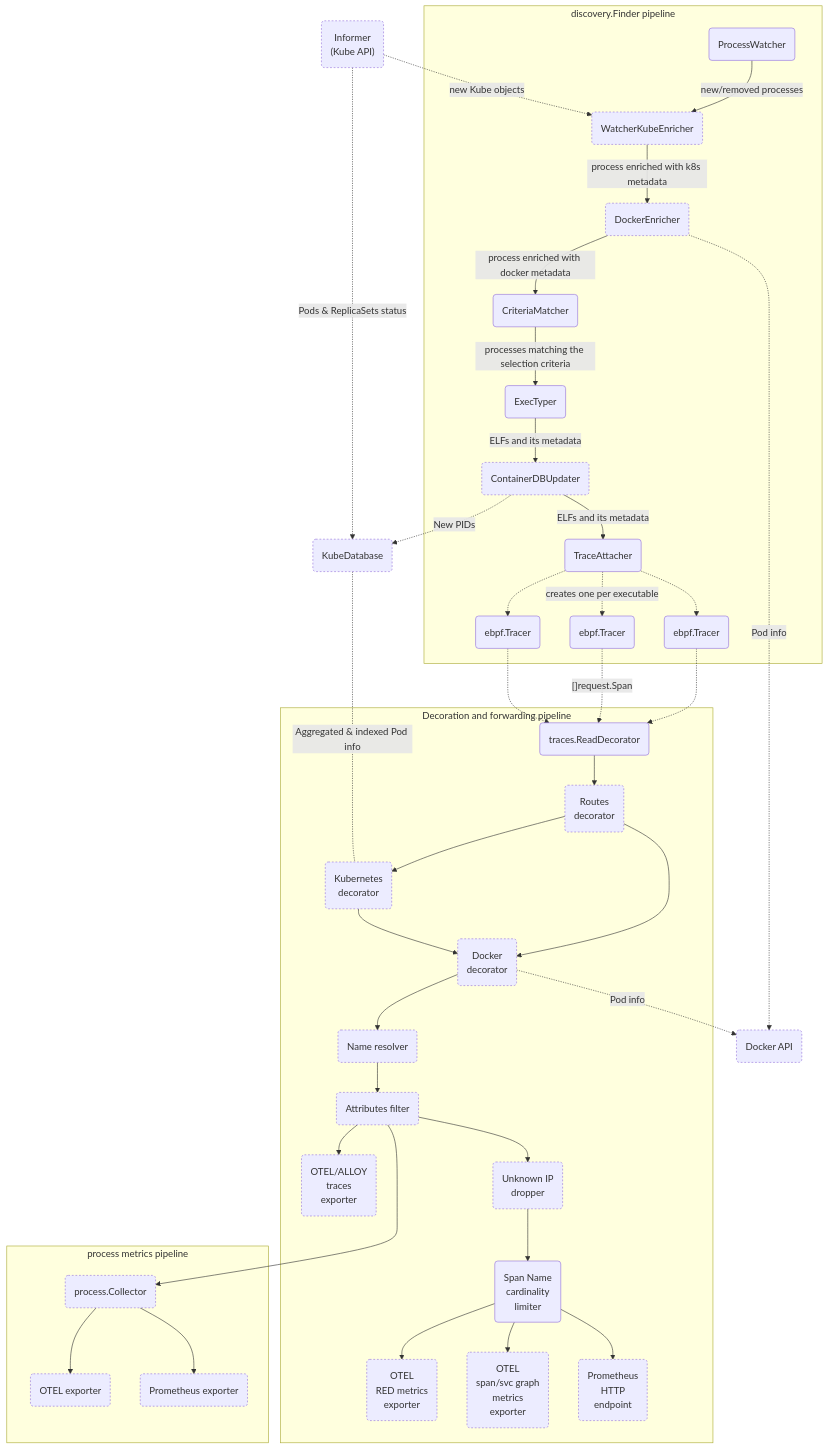
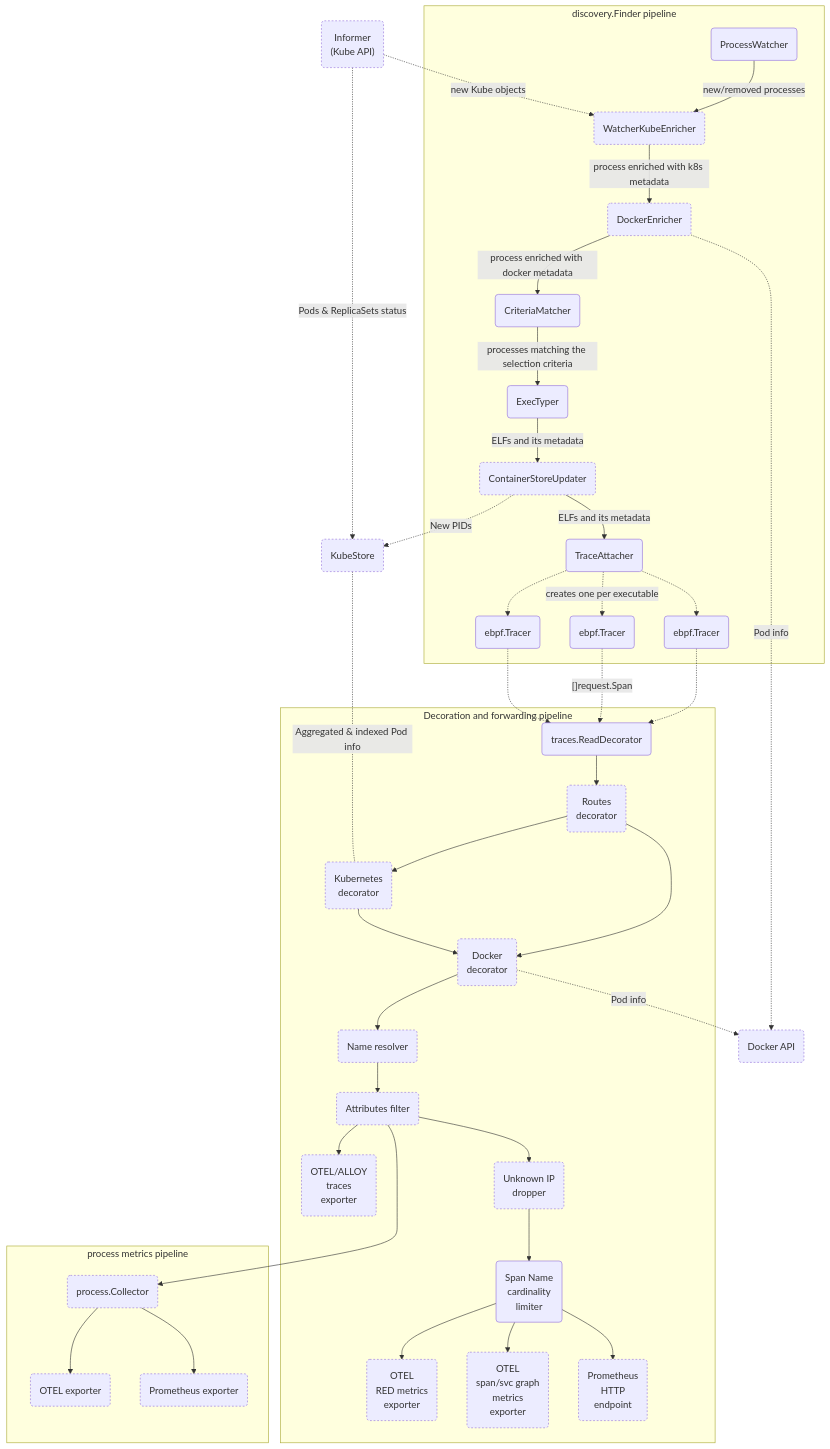
The first of 2 diagrams in devdocs/pipeline-map.md (open-telemetry/opentelemetry-ebpf-instrumentation), drawn with Mermaid before and after one commit. The commit also changed other lines of this file and 10 other files, not shown here.

First line of the commit message:
Rename all `kube.Store` and `store.InMemory` fields for consistency (#1297)

````diff
--- a/devdocs/pipeline-map.md
+++ b/devdocs/pipeline-map.md
@@ -18,48 +18,48 @@
 ```mermaid
 flowchart TD
     classDef optional stroke-dasharray: 3 3;
     subgraph discovery.Finder pipeline
         PW(ProcessWatcher) --> |new/removed processes| KWE
         KWE(WatcherKubeEnricher):::optional --> |process enriched with k8s metadata| DE
         DE(DockerEnricher):::optional --> |process enriched with docker metadata| CM
         CM(CriteriaMatcher) --> |processes matching the selection criteria| ET(ExecTyper)
         ET --> |ELFs and its metadata| CU
-        CU(ContainerDBUpdater):::optional --> |ELFs and its metadata| TA
+        CU(ContainerStoreUpdater):::optional --> |ELFs and its metadata| TA
         TA(TraceAttacher) -.-> EBPF1(ebpf.Tracer)
         TA -.-> |creates one per executable| EBPF2(ebpf.Tracer)
         TA -.-> EBPF3(ebpf.Tracer)
     end
     subgraph Decoration and forwarding pipeline
         EBPF1 -.-> TR
         EBPF2 -.-> |"[]request.Span"| TR
         EBPF3 -.-> TR
         TR(traces.ReadDecorator) --> ROUT(Routes<br/>decorator)
         ROUT:::optional --> DOCKDEC(Docker<br/>decorator)
         ROUT:::optional --> KD(Kubernetes<br/>decorator)
         KD:::optional --> DOCKDEC
         DOCKDEC:::optional --> NR
         NR(Name resolver):::optional --> AF
         
         AF(Attributes filter):::optional --> OTELT(OTEL/ALLOY<br/> traces<br/> exporter):::optional
 
         
         AF --> IPD(Unknown IP<br/>dropper):::optional
         IPD --> SNCL(Span Name<br/>cardinality<br/>limiter)
         SNCL --> OTELRM(OTEL<br/>RED metrics<br/> exporter):::optional
         SNCL --> OTELSM(OTEL<br/>span/svc graph<br/>metrics<br/> exporter):::optional
         SNCL --> PROM(Prometheus<br/>HTTP<br/>endpoint):::optional
     end
-    CU -.-> |New PIDs| KDB
+    CU -.-> |New PIDs| KSTORE
     DE -.-> |Pod info| DOCKAPI(Docker API):::optional
     DOCKDEC -.-> |Pod info| DOCKAPI(Docker API):::optional
-    KDB(KubeDatabase):::optional <-.- | Aggregated & indexed Pod info | KD
-    IF("Informer<br/>(Kube API)"):::optional -.-> |Pods & ReplicaSets status| KDB
+    KSTORE(KubeStore):::optional <-.- | Aggregated & indexed Pod info | KD
+    IF("Informer<br/>(Kube API)"):::optional -.-> |Pods & ReplicaSets status| KSTORE
     IF -.-> |new Kube objects| KWE
     AF ---> PC
     subgraph process metrics pipeline
         PC("process.Collector"):::optional --> POTEL
         PC --> PPROM
         POTEL("OTEL exporter"):::optional
         PPROM("Prometheus exporter"):::optional
     end
 ```
````
